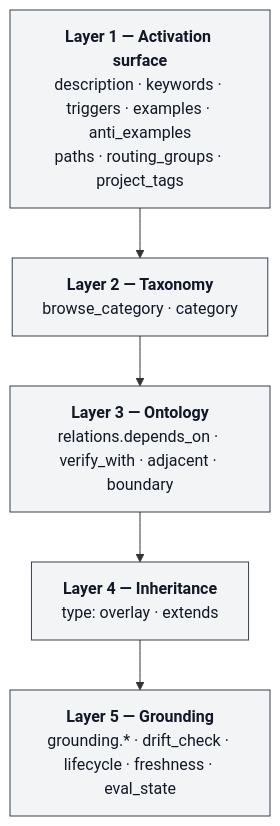
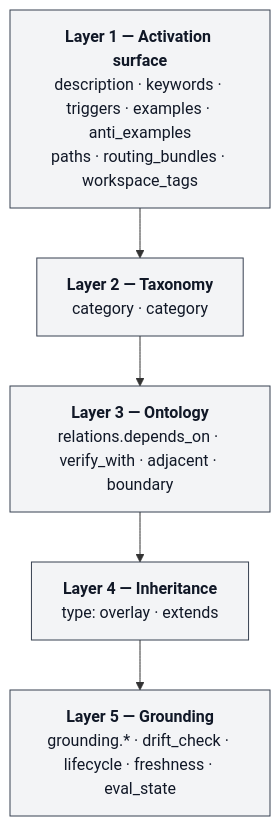
Before and after one commit to jacob-balslev/skill-graph: the diagram in docs/PRIMER.md, drawn with Mermaid. The commit also changed other lines of this file and 212 other files, not shown here.

Commit message:
Introduce schema v4 naming cleanup

````diff
--- a/docs/PRIMER.md
+++ b/docs/PRIMER.md
@@ -109,13 +109,13 @@
 ```mermaid
 flowchart TB
-  L1["<b>Layer 1 — Activation surface</b><br/>description · keywords · triggers · examples · anti_examples<br/>paths · routing_groups · project_tags"]
-  L2["<b>Layer 2 — Taxonomy</b><br/>browse_category · category"]
+  L1["<b>Layer 1 — Activation surface</b><br/>description · keywords · triggers · examples · anti_examples<br/>paths · routing_bundles · workspace_tags"]
+  L2["<b>Layer 2 — Taxonomy</b><br/>category · category"]
   L3["<b>Layer 3 — Ontology</b><br/>relations.depends_on · verify_with · adjacent · boundary"]
   L4["<b>Layer 4 — Inheritance</b><br/>type: overlay · extends"]
   L5["<b>Layer 5 — Grounding</b><br/>grounding.* · drift_check · lifecycle · freshness · eval_state"]
 
   L1 --> L2 --> L3 --> L4 --> L5
 
   classDef layer fill:#f3f4f6,stroke:#374151,color:#111827
   class L1,L2,L3,L4,L5 layer
 ```
````
